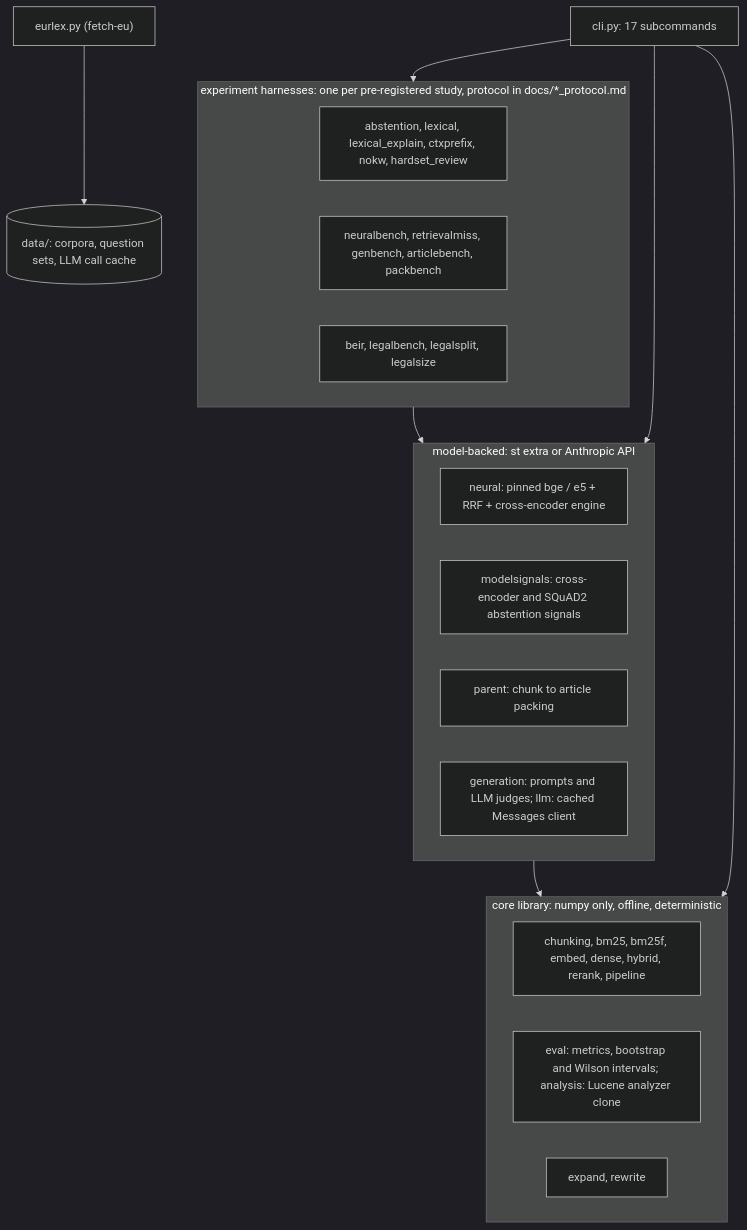
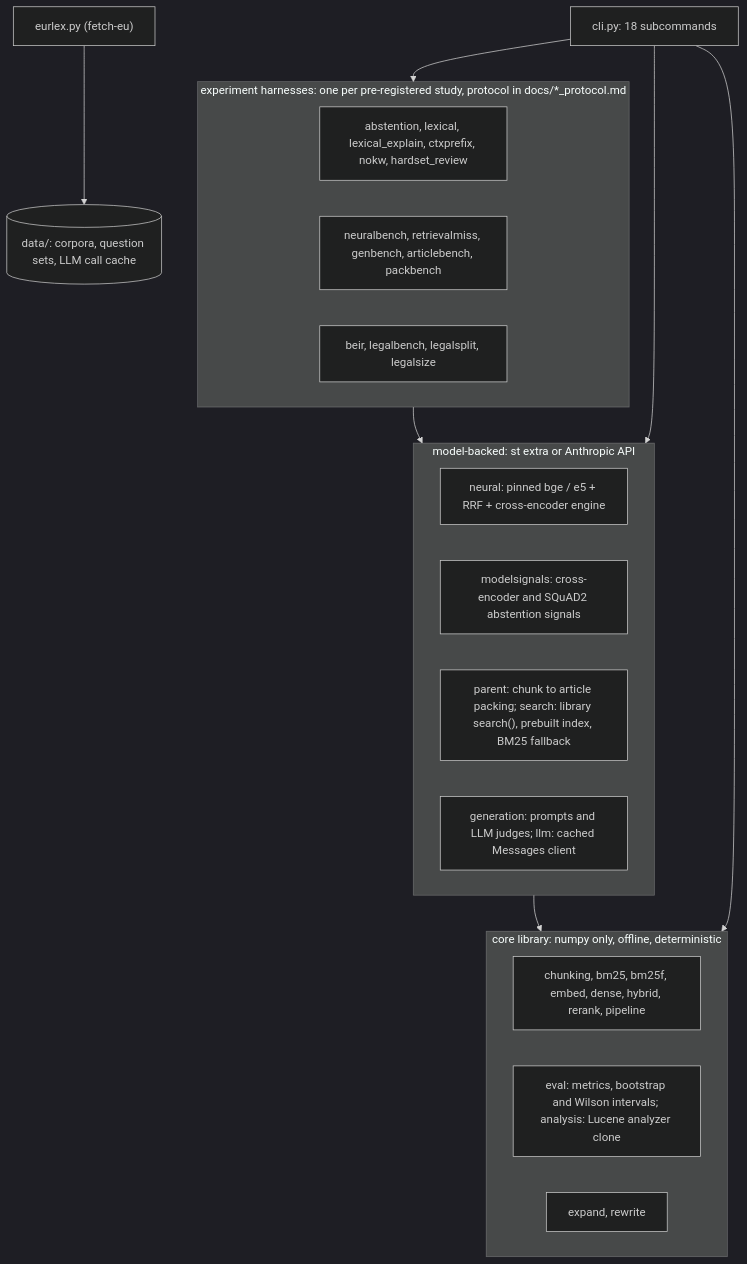
One commit to d41sys/ragkit changed the second of 3 diagrams in README.md. Above: the diagram before and after it, drawn with Mermaid (dark theme). The commit also changed other lines of this file and 120 other files, not shown here.

First line of the commit message:
feat: ragkit.search library API on the consolidated EU corpus (v0.2.0)

````diff
--- a/README.md
+++ b/README.md
@@ -40,24 +40,24 @@
 ```mermaid
 flowchart TB
-  CLI["cli.py: 17 subcommands"] --> HAR
+  CLI["cli.py: 18 subcommands"] --> HAR
   CLI --> MOD
   CLI --> CORE
   subgraph HAR["experiment harnesses: one per pre-registered study, protocol in docs/*_protocol.md"]
     H1["abstention, lexical, lexical_explain, ctxprefix, nokw, hardset_review"]
     H2["neuralbench, retrievalmiss, genbench, articlebench, packbench"]
     H3["beir, legalbench, legalsplit, legalsize"]
   end
   subgraph MOD["model-backed: st extra or Anthropic API"]
     M1["neural: pinned bge / e5 + RRF + cross-encoder engine"]
     M2["modelsignals: cross-encoder and SQuAD2 abstention signals"]
-    M3["parent: chunk to article packing"]
+    M3["parent: chunk to article packing; search: library search(), prebuilt index, BM25 fallback"]
     M4["generation: prompts and LLM judges; llm: cached Messages client"]
   end
   subgraph CORE["core library: numpy only, offline, deterministic"]
     C1["chunking, bm25, bm25f, embed, dense, hybrid, rerank, pipeline"]
     C2["eval: metrics, bootstrap and Wilson intervals; analysis: Lucene analyzer clone"]
     C3["expand, rewrite"]
   end
   HAR --> MOD --> CORE
   EUR["eurlex.py (fetch-eu)"] --> DATA[("data/: corpora, question sets, LLM call cache")]
 ```
````
